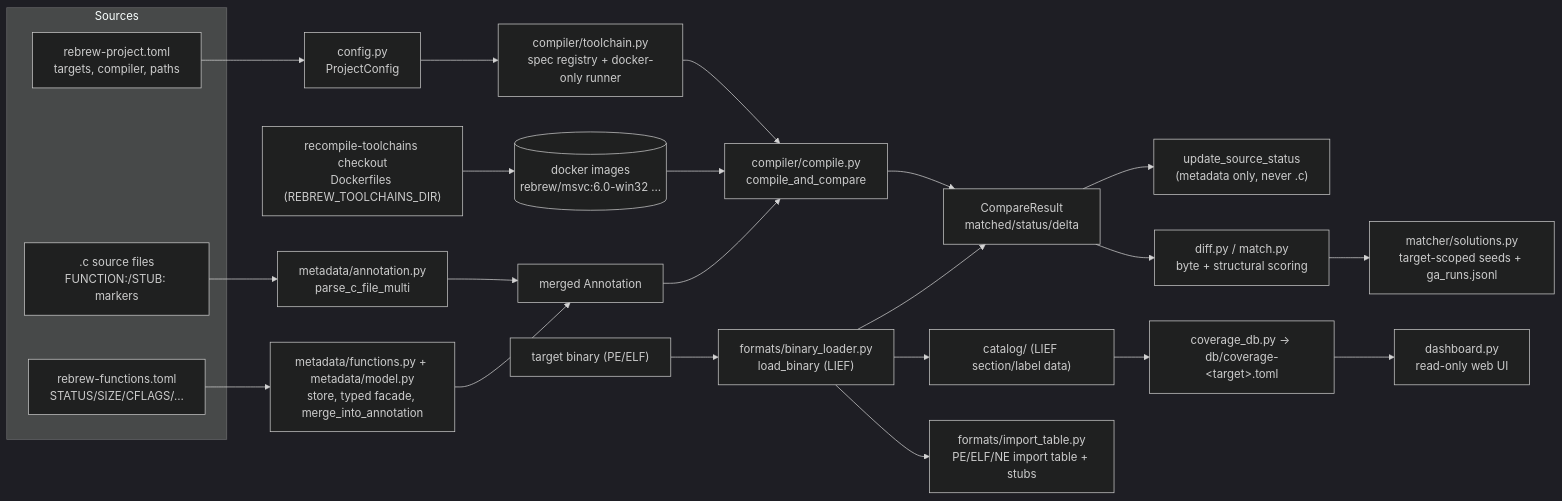
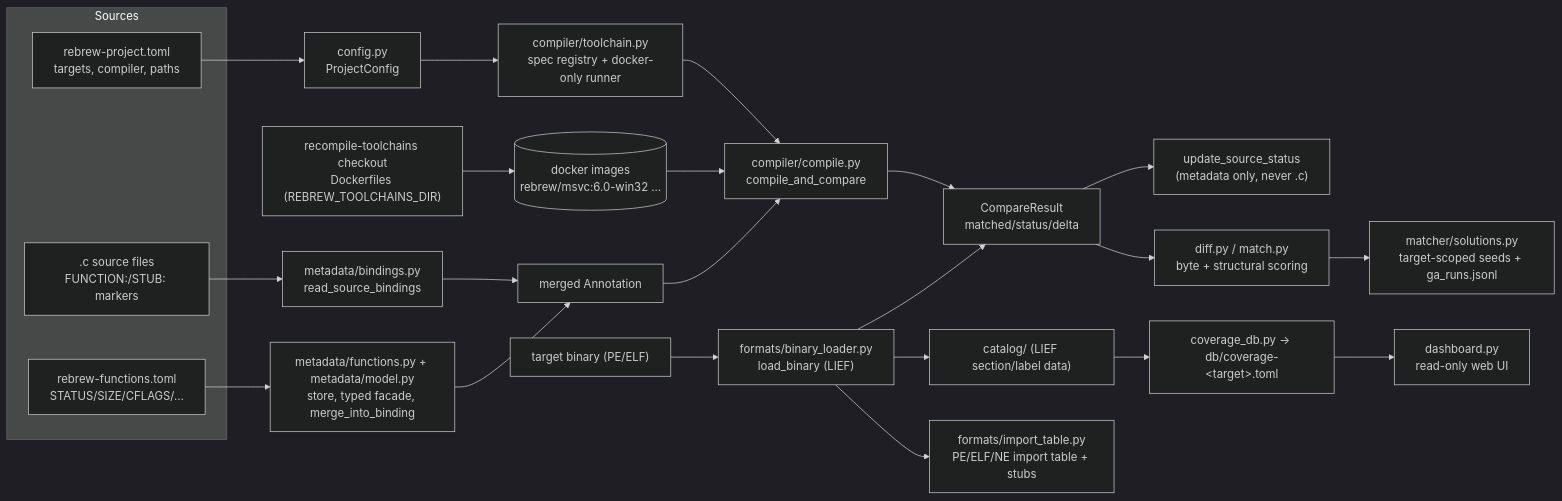
The diagram in docs/ARCHITECTURE.md (maci0/rebrew), drawn with Mermaid (dark theme) before and after one commit. The commit also changed other lines of this file and 275 other files, not shown here.

Commit message:
Make metadata authoritative and release address-only source format 3.0.0

````diff
--- a/docs/ARCHITECTURE.md
+++ b/docs/ARCHITECTURE.md
@@ -30,35 +30,35 @@
 ```mermaid
 flowchart LR
     subgraph Sources
         C[".c source files<br/>FUNCTION:/STUB: markers"]
         TOML["rebrew-project.toml<br/>targets, compiler, paths"]
         META["rebrew-functions.toml<br/>STATUS/SIZE/CFLAGS/…"]
     end
 
-    C --> ANNOT["metadata/annotation.py<br/>parse_c_file_multi"]
-    META --> FACADE["metadata/functions.py + metadata/model.py<br/>store, typed facade, merge_into_annotation"]
+    C --> ANNOT["metadata/bindings.py<br/>read_source_bindings"]
+    META --> FACADE["metadata/functions.py + metadata/model.py<br/>store, typed facade, merge_into_binding"]
     TOML --> CFG["config.py<br/>ProjectConfig"]
 
     ANNOT --> MERGED["merged Annotation"]
     FACADE --> MERGED
 
     CFG --> TOOLCHAIN["compiler/toolchain.py<br/>spec registry + docker-only runner"]
     RT["recompile-toolchains checkout<br/>Dockerfiles (REBREW_TOOLCHAINS_DIR)"] --> IMG[("docker images<br/>rebrew/msvc:6.0-win32 …")]
     TOOLCHAIN --> COMPILE["compiler/compile.py<br/>compile_and_compare"]
     IMG --> COMPILE
 
     BIN["target binary (PE/ELF)"] --> LOAD["formats/binary_loader.py<br/>load_binary (LIEF)"]
     MERGED --> COMPILE
     COMPILE --> CMP["CompareResult<br/>matched/status/delta"]
     LOAD --> CMP
 
     CMP --> STATUS["update_source_status<br/>(metadata only, never .c)"]
     CMP --> DIFF["diff.py / match.py<br/>byte + structural scoring"]
 
     LOAD --> CATALOG["catalog/ (LIEF section/label data)"]
     CATALOG --> DB["coverage_db.py → db/coverage-&lt;target&gt;.toml"]
     DB --> DASH["dashboard.py<br/>read-only web UI"]
 
     LOAD --> IMPORTS["formats/import_table.py<br/>PE/ELF/NE import table + stubs"]
     DIFF --> SOL["matcher/solutions.py<br/>target-scoped seeds + ga_runs.jsonl"]
 ```
````
